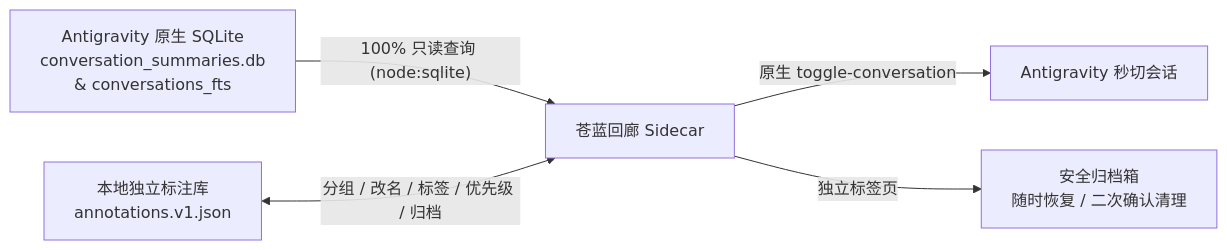
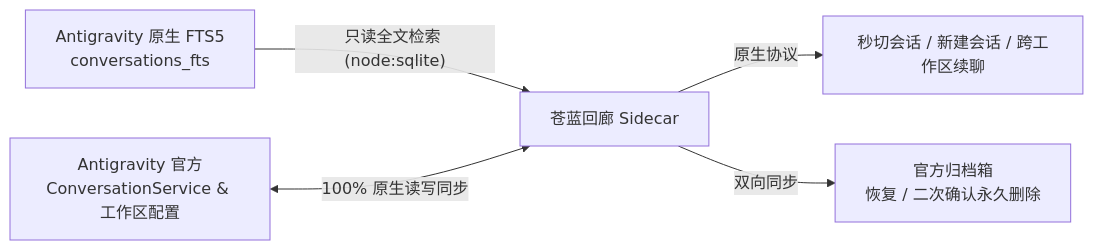
Before and after one commit to A16Nights/antigravity-azure-corridor: the diagram in README.md, drawn with Mermaid. The commit also changed other lines of this file and 2 other files, not shown here.

Commit message:
chore: 适配 AGY Market 收录规范并同步文档 (v1.2.1)

````diff
--- a/README.md
+++ b/README.md
@@ -108,7 +99,7 @@
 ```mermaid
 flowchart LR
-  DB["Antigravity 原生 SQLite<br/>conversation_summaries.db<br/>&amp; conversations_fts"] -->|"100% 只读查询 (node:sqlite)"| C["苍蓝回廊 Sidecar"]
-  JSON["本地独立标注库<br/>annotations.v1.json"] <-->|"分组 / 改名 / 标签 / 优先级 / 归档"| C
-  C -->|"原生 toggle-conversation"| AGY["Antigravity 秒切会话"]
-  C -->|"独立标签页"| ARC["安全归档箱<br/>随时恢复 / 二次确认清理"]
+  DB["Antigravity 原生 FTS5<br/>conversations_fts"] -->|"只读全文检索 (node:sqlite)"| C["苍蓝回廊 Sidecar"]
+  SVC["Antigravity 官方<br/>ConversationService &amp; 工作区配置"] <-->|"100% 原生读写同步"| C
+  C -->|"原生协议"| AGY["秒切会话 / 新建会话 / 跨工作区续聊"]
+  C -->|"双向同步"| ARC["官方归档箱<br/>恢复 / 二次确认永久删除"]
 ```
````
